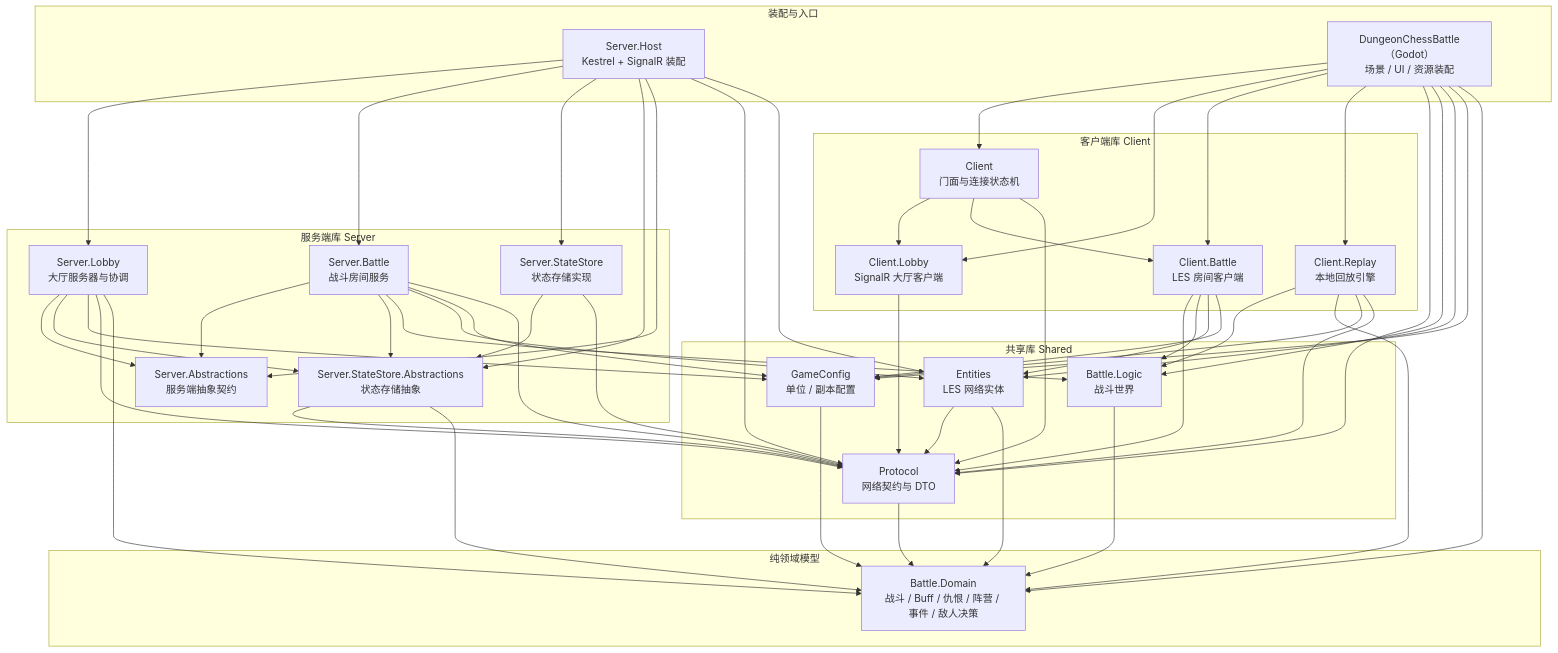
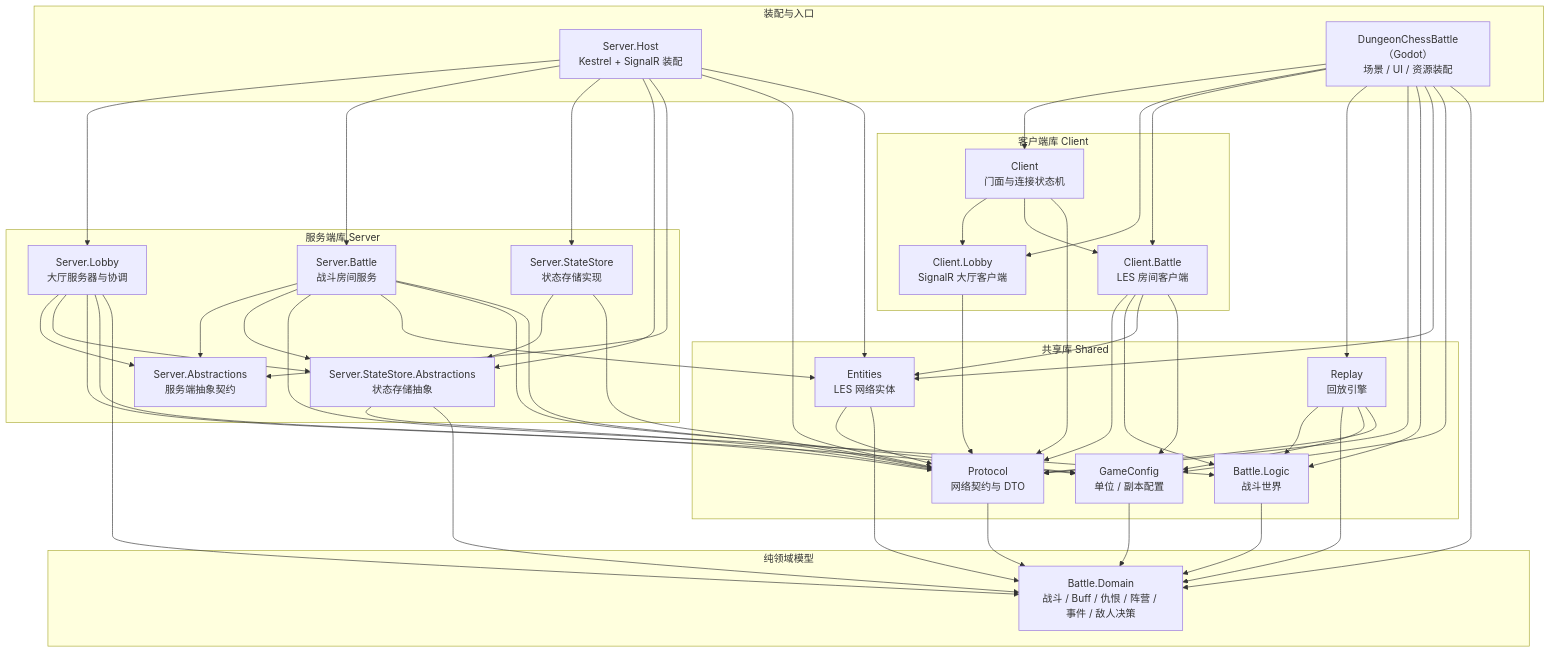
The diagram in docs/architecture.md (DrMelt/dungeon_chess_battle), drawn with Mermaid before and after one commit. The commit also changed other lines of this file and 14 other files, not shown here.

```diff
--- a/docs/architecture.md
+++ b/docs/architecture.md
@@ -19,7 +19,6 @@
         Client["Client<br>门面与连接状态机"]
         LobbyClient["Client.Lobby<br>SignalR 大厅客户端"]
         BattleClient["Client.Battle<br>LES 房间客户端"]
-        ReplayClient["Client.Replay<br>本地回放引擎"]
     end
 
     subgraph ServerLayer["服务端库 Server"]
@@ -35,6 +34,7 @@
         Logic["Battle.Logic<br>战斗世界"]
         Entities["Entities<br>LES 网络实体"]
         GameConfig["GameConfig<br>单位 / 副本配置"]
+        Replay["Replay<br>回放引擎"]
     end
 
     subgraph DomainLayer["纯领域模型"]
@@ -44,7 +44,7 @@
     Godot --> Client
     Godot --> LobbyClient
     Godot --> BattleClient
-    Godot --> ReplayClient
+    Godot --> Replay
     Godot --> Protocol
     Godot --> Logic
     Godot --> Entities
@@ -59,10 +59,10 @@
     BattleClient --> Logic
     BattleClient --> Entities
     BattleClient --> GameConfig
-    ReplayClient --> Logic
-    ReplayClient --> Domain
-    ReplayClient --> GameConfig
-    ReplayClient --> Protocol
+    Replay --> Logic
+    Replay --> Domain
+    Replay --> GameConfig
+    Replay --> Protocol
 
     Host --> LobbySrv
     Host --> BattleSrv
```
